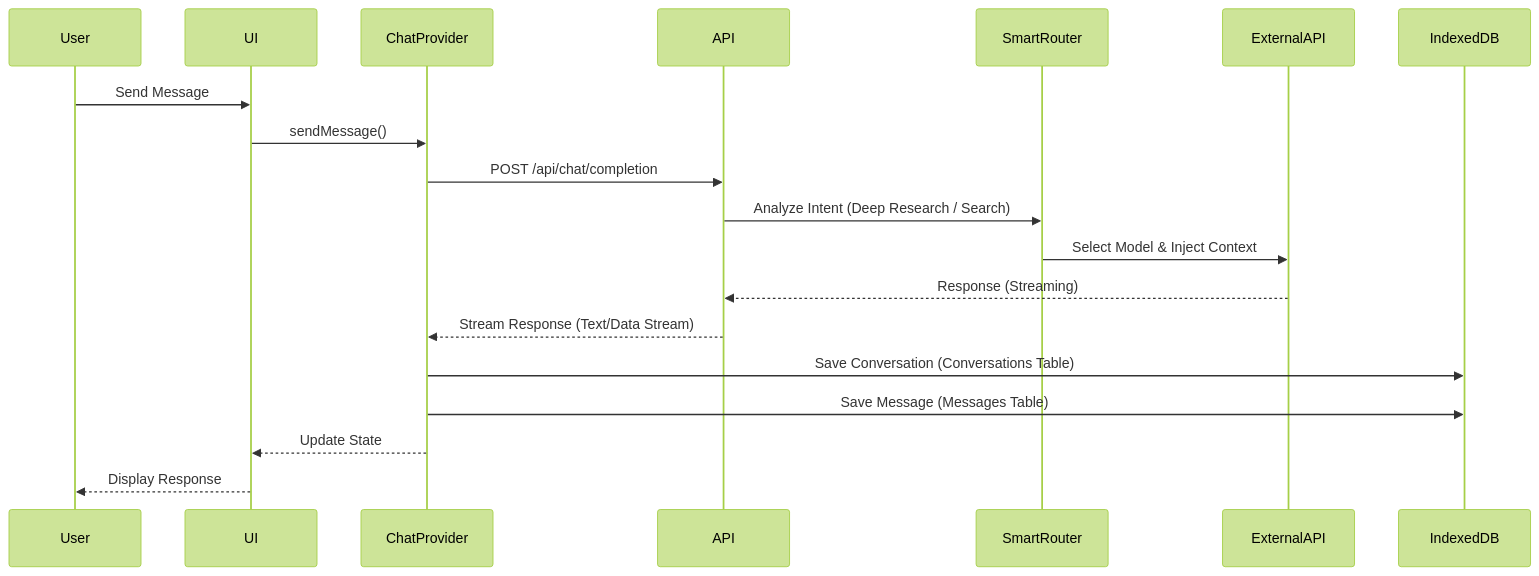
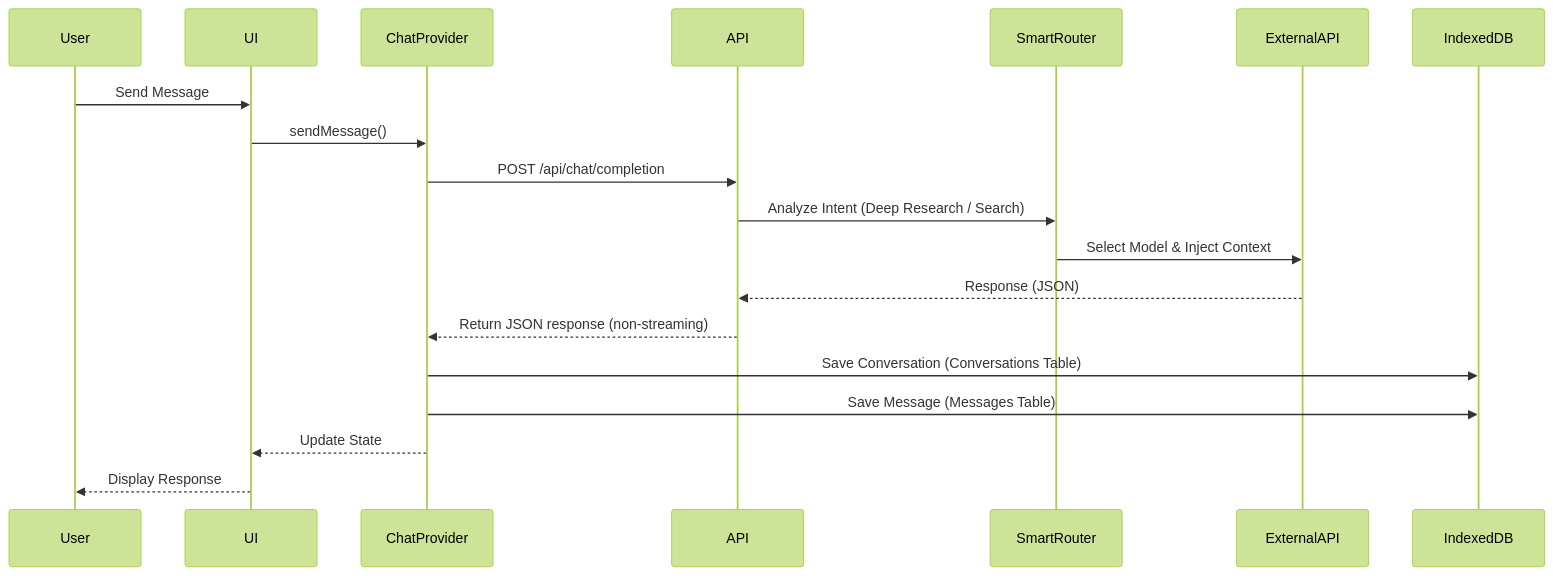
One commit to loopmaster303/heyhihosted changed the third of 5 diagrams in docs/architecture-view.md. Above: the diagram before and after it, drawn with Mermaid (forest theme). The commit also changed 58 other files, not shown here.

````diff
--- a/docs/architecture-view.md
+++ b/docs/architecture-view.md
@@ -79,22 +79,22 @@
 ```mermaid
 sequenceDiagram
     participant User
     participant UI
     participant ChatProvider
     participant API
     participant SmartRouter
     participant ExternalAPI
     participant IndexedDB
     
     User->>UI: Send Message
     UI->>ChatProvider: sendMessage()
     ChatProvider->>API: POST /api/chat/completion
     API->>SmartRouter: Analyze Intent (Deep Research / Search)
     SmartRouter->>ExternalAPI: Select Model & Inject Context
-    ExternalAPI-->>API: Response (Streaming)
-    API-->>ChatProvider: Stream Response (Text/Data Stream)
+    ExternalAPI-->>API: Response (JSON)
+    API-->>ChatProvider: Return JSON response (non-streaming)
     ChatProvider->>IndexedDB: Save Conversation (Conversations Table)
     ChatProvider->>IndexedDB: Save Message (Messages Table)
     ChatProvider-->>UI: Update State
     UI-->>User: Display Response
 ```
````
